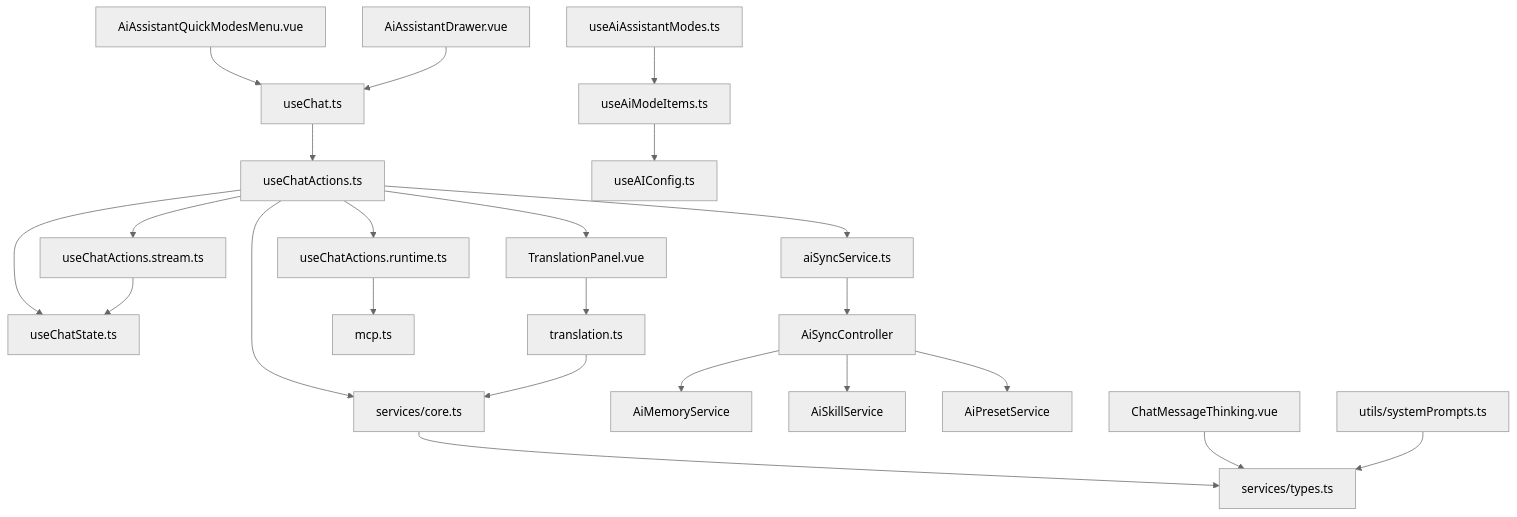
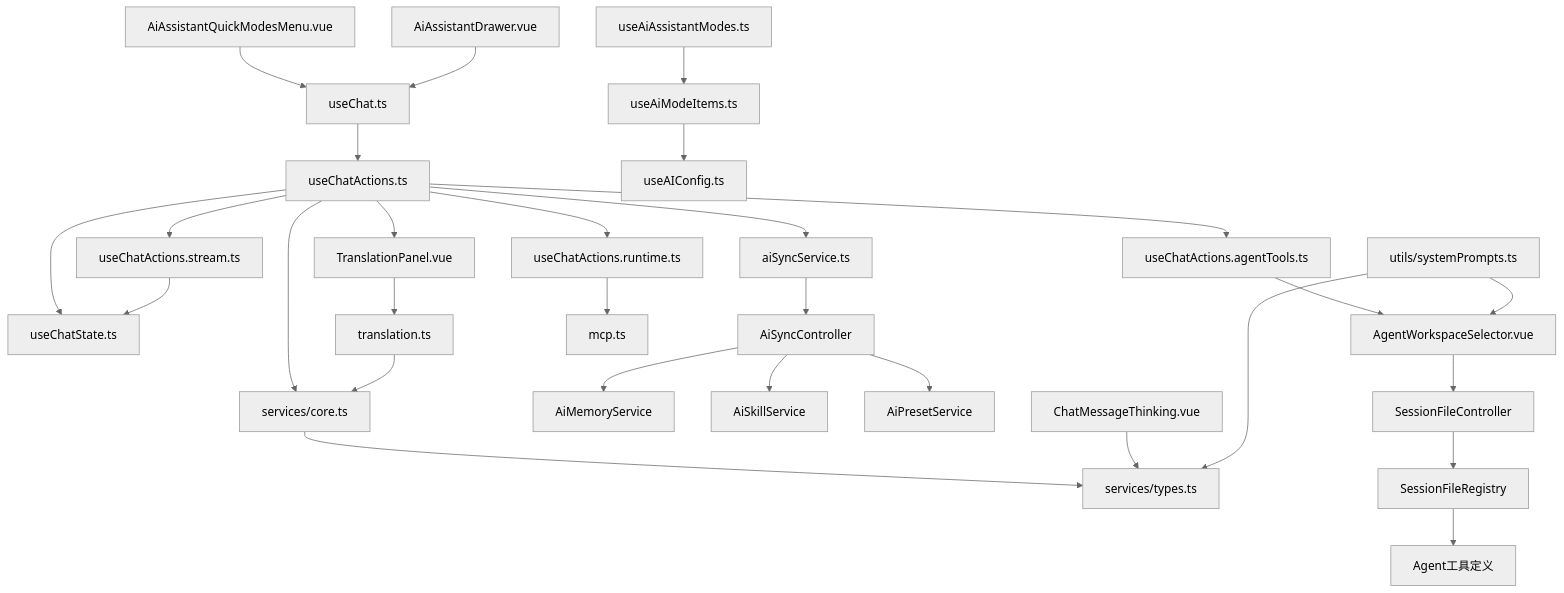
One commit to xixixiaoyu/Todo changed diagram 20 of 20 in .qoder/repowiki/zh/content/核心模块/AI助手系统/AI助手系统.md. Above: the diagram before and after it, drawn with Mermaid (neutral theme). The commit also changed other lines of this file and 6 other files, not shown here.

````diff
--- a/.qoder/repowiki/zh/content/核心模块/AI助手系统/AI助手系统.md
+++ b/.qoder/repowiki/zh/content/核心模块/AI助手系统/AI助手系统.md
@@ -1195,25 +1413,31 @@
 ```mermaid
 graph TB
 QuickModes["AiAssistantQuickModesMenu.vue"] --> Chat["useChat.ts"]
 Drawer["AiAssistantDrawer.vue"] --> Chat
 Chat --> Actions["useChatActions.ts"]
 Actions --> Stream["useChatActions.stream.ts"]
 Actions --> State["useChatState.ts"]
 Actions --> Runtime["useChatActions.runtime.ts"]
+Actions --> AgentTools["useChatActions.agentTools.ts"]
 Actions --> Sync["aiSyncService.ts"]
 Actions --> Translation["TranslationPanel.vue"]
 Translation --> TranslationSvc["translation.ts"]
+AgentTools --> Workspace["AgentWorkspaceSelector.vue"]
 Runtime --> MCP["mcp.ts"]
 Actions --> Core["services/core.ts"]
 Core --> Types["services/types.ts"]
 TranslationSvc --> Core
 Stream --> State
 Sync --> SyncCtrl["AiSyncController"]
 SyncCtrl --> SyncMem["AiMemoryService"]
 SyncCtrl --> SyncSkill["AiSkillService"]
 SyncCtrl --> SyncPreset["AiPresetService"]
 ModeItems["useAiModeItems.ts"] --> Config["useAIConfig.ts"]
 Modes["useAiAssistantModes.ts"] --> ModeItems
 Thinking["ChatMessageThinking.vue"] --> Types
 SystemPrompts["utils/systemPrompts.ts"] --> Types
+SystemPrompts --> Workspace
+Workspace --> WorkspaceCtrl["SessionFileController"]
+WorkspaceCtrl --> WorkspaceReg["SessionFileRegistry"]
+WorkspaceReg --> AgentToolsDef["Agent工具定义"]
 ```
````
